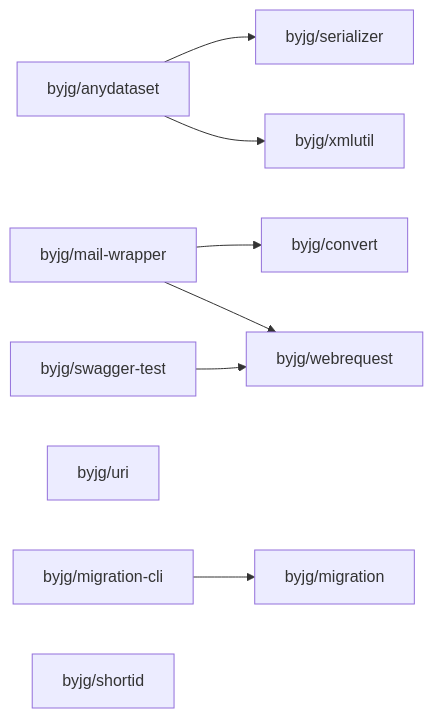
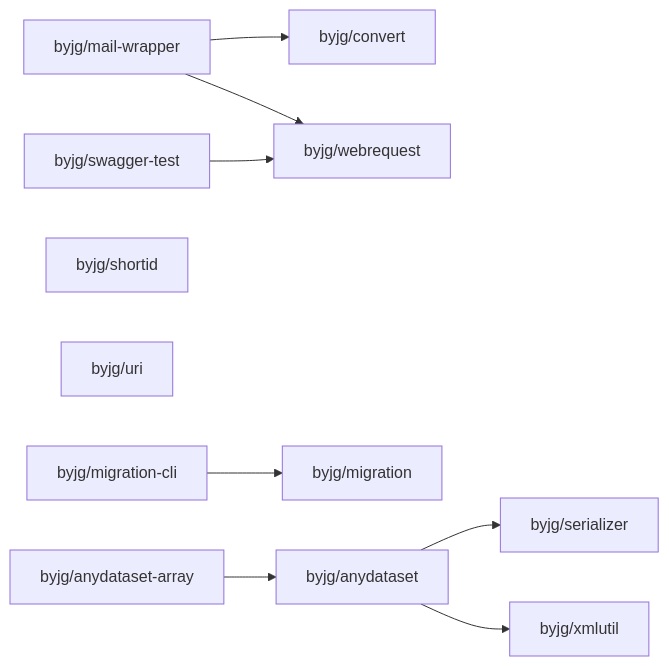
The diagram in php/README.md (byjg/byjg.github.io), drawn with Mermaid before and after one commit. The commit also changed 1 other file, not shown here.

Commit message:
Update documentation 'php' 'php-anydataset-array'

````diff
--- a/php/README.md
+++ b/php/README.md
@@ -3,20 +3,22 @@
 ```mermaid
 graph LR;
+  byjg/swagger-test;
+  byjg/mail-wrapper;
+  byjg/shortid;
+  byjg/uri;
+  byjg/migration-cli;
+  byjg/anydataset-array;
+  byjg/convert;
+  byjg/webrequest;
+  byjg/migration;
   byjg/anydataset;
-  byjg/mail-wrapper;
-  byjg/migration-cli;
-  byjg/uri;
-  byjg/swagger-test;
-  byjg/shortid;
   byjg/serializer;
   byjg/xmlutil;
-  byjg/convert;
-  byjg/migration;
-  byjg/webrequest;
+  byjg/anydataset-array --> byjg/anydataset;
   byjg/mail-wrapper --> byjg/convert;
   byjg/mail-wrapper --> byjg/webrequest;
   byjg/swagger-test --> byjg/webrequest;
   byjg/migration-cli --> byjg/migration;
   byjg/anydataset --> byjg/serializer;
   byjg/anydataset --> byjg/xmlutil;
 ```
````
